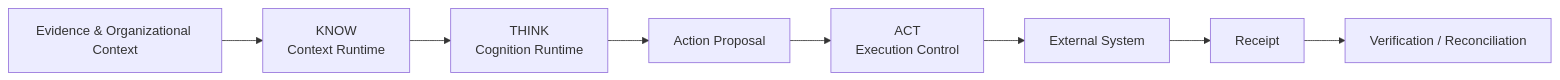
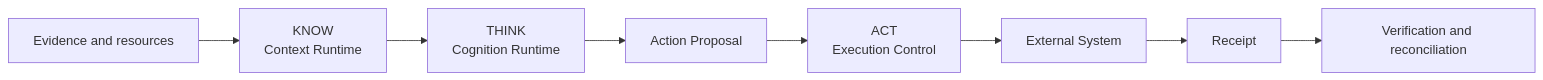
The first of 2 diagrams in README.md (baum777/unitera_public_docs), drawn with Mermaid before and after one commit. The commit also changed other lines of this file and 12 other files, not shown here.

Commit message:
docs: reconcile public architecture and current state

````diff
--- a/README.md
+++ b/README.md
@@ -11,10 +11,10 @@
 ```mermaid
 flowchart LR
-    E[Evidence & Organizational Context] --> K[KNOW<br/>Context Runtime]
+    E[Evidence and resources] --> K[KNOW<br/>Context Runtime]
     K --> T[THINK<br/>Cognition Runtime]
     T --> P[Action Proposal]
     P --> A[ACT<br/>Execution Control]
     A --> X[External System]
     X --> R[Receipt]
-    R --> V[Verification / Reconciliation]
+    R --> V[Verification and reconciliation]
 ```
````
